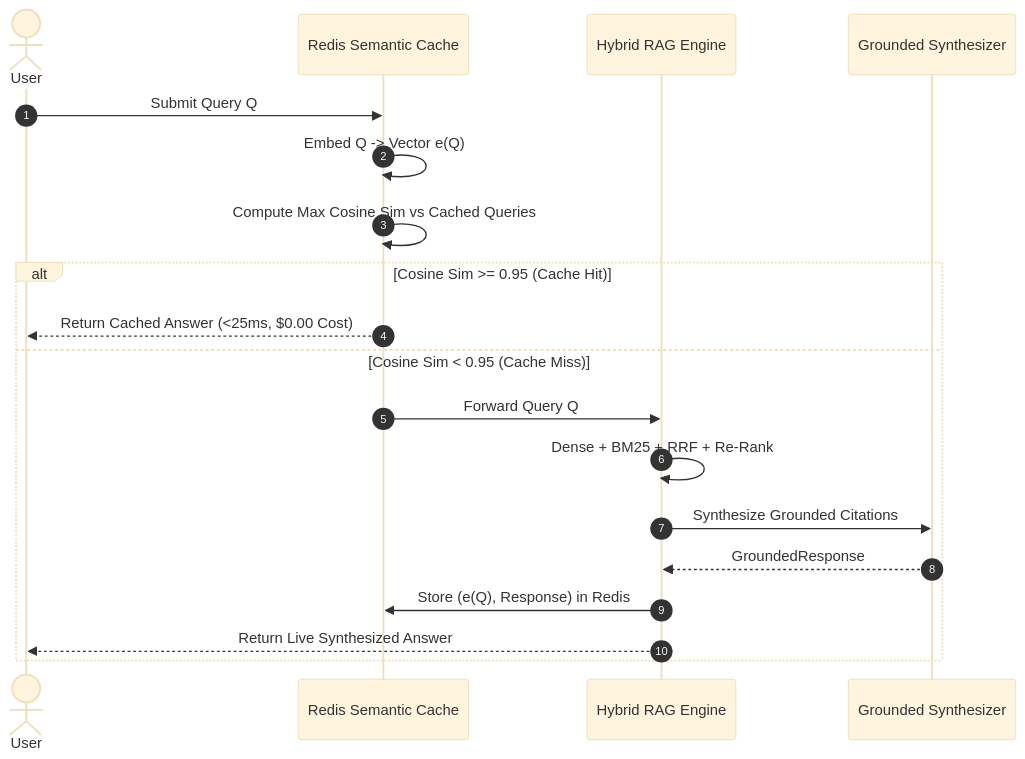
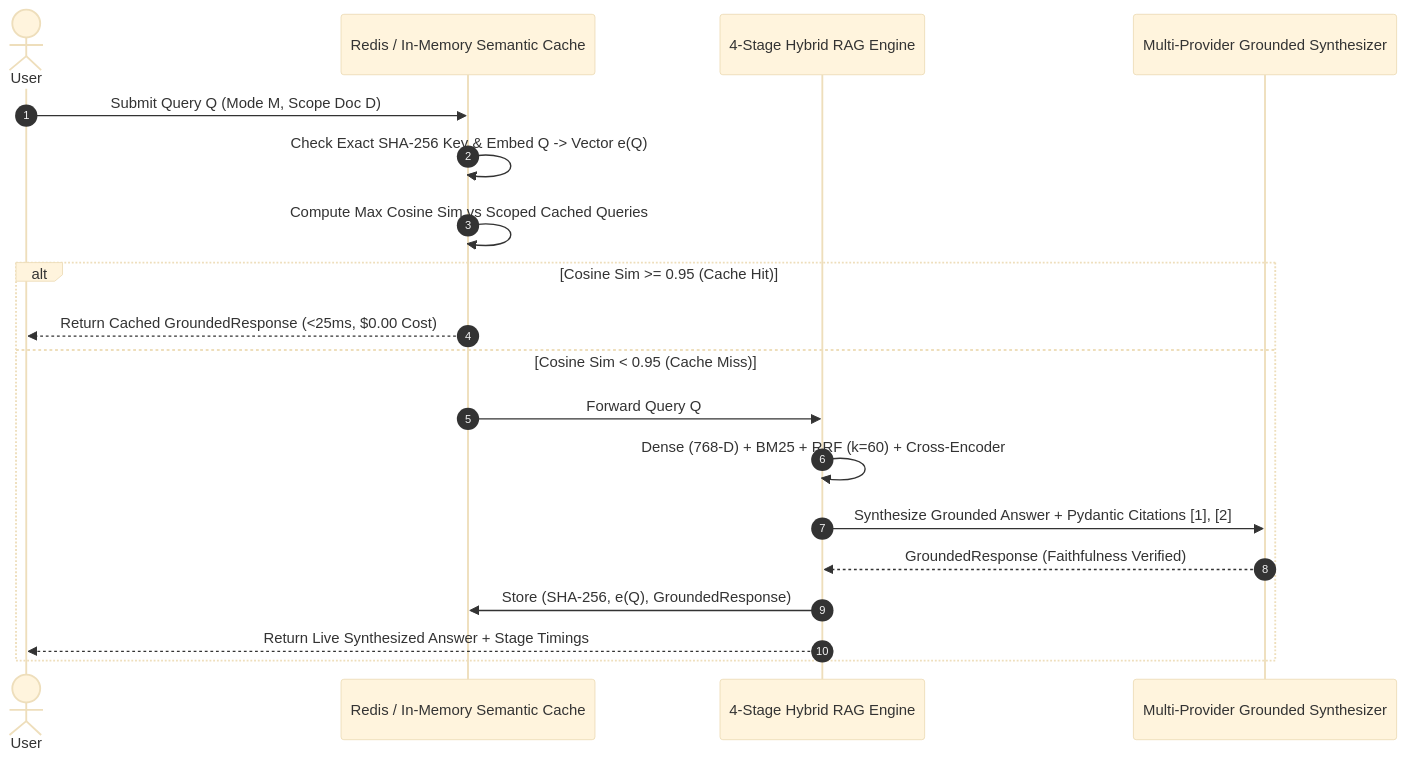
One commit to keshav647/enterprise-hybrid-rag changed the second of 2 diagrams in docs/ARCHITECTURE.md. Above: the diagram before and after it, drawn with Mermaid (base theme). The commit also changed other lines of this file and 28 other files, not shown here.

Commit message:
feat(core): multi-provider LLM gateway, custom document ingestion & deletion, and 7-page ThreeUI spatial architecture

````diff
--- a/docs/ARCHITECTURE.md
+++ b/docs/ARCHITECTURE.md
@@ -80,22 +85,22 @@
 ```mermaid
 sequenceDiagram
     autonumber
     actor User
-    participant Cache as Redis Semantic Cache
-    participant Engine as Hybrid RAG Engine
-    participant LLM as Grounded Synthesizer
+    participant Cache as Redis / In-Memory Semantic Cache
+    participant Engine as 4-Stage Hybrid RAG Engine
+    participant LLM as Multi-Provider Grounded Synthesizer
 
-    User->>Cache: Submit Query Q
-    Cache->>Cache: Embed Q -> Vector e(Q)
-    Cache->>Cache: Compute Max Cosine Sim vs Cached Queries
+    User->>Cache: Submit Query Q (Mode M, Scope Doc D)
+    Cache->>Cache: Check Exact SHA-256 Key & Embed Q -> Vector e(Q)
+    Cache->>Cache: Compute Max Cosine Sim vs Scoped Cached Queries
     alt Cosine Sim >= 0.95 (Cache Hit)
-        Cache-->>User: Return Cached Answer (<25ms, $0.00 Cost)
+        Cache-->>User: Return Cached GroundedResponse (<25ms, $0.00 Cost)
     else Cosine Sim < 0.95 (Cache Miss)
         Cache->>Engine: Forward Query Q
-        Engine->>Engine: Dense + BM25 + RRF + Re-Rank
-        Engine->>LLM: Synthesize Grounded Citations
-        LLM-->>Engine: GroundedResponse
-        Engine->>Cache: Store (e(Q), Response) in Redis
-        Engine-->>User: Return Live Synthesized Answer
+        Engine->>Engine: Dense (768-D) + BM25 + RRF (k=60) + Cross-Encoder
+        Engine->>LLM: Synthesize Grounded Answer + Pydantic Citations [1], [2]
+        LLM-->>Engine: GroundedResponse (Faithfulness Verified)
+        Engine->>Cache: Store (SHA-256, e(Q), GroundedResponse)
+        Engine-->>User: Return Live Synthesized Answer + Stage Timings
     end
 ```
````
